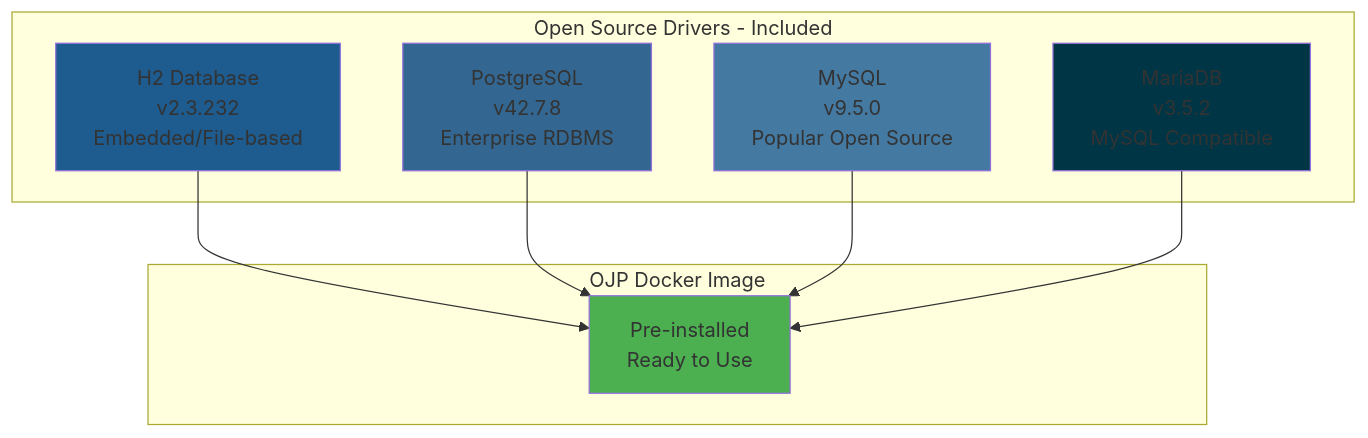
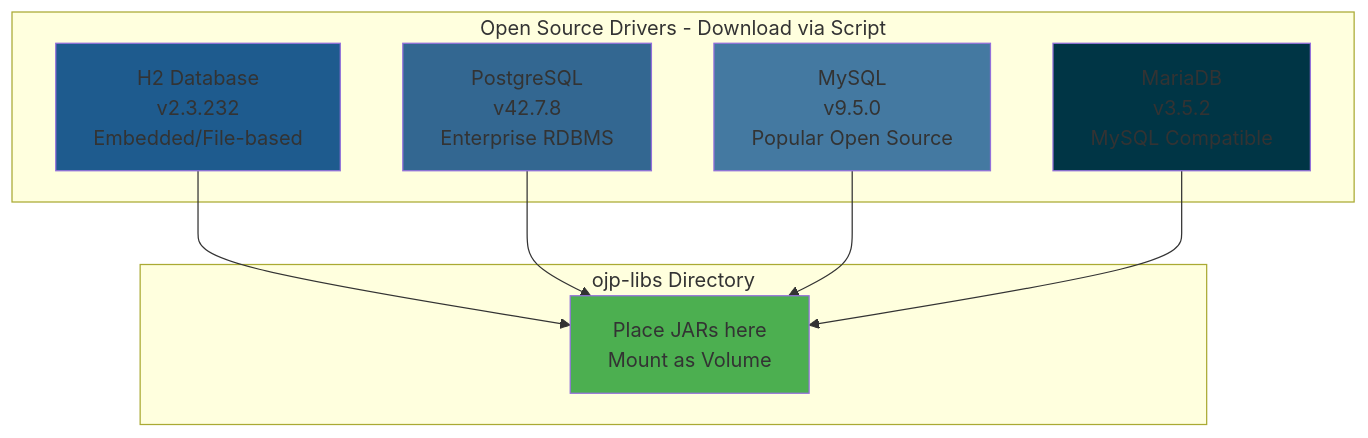
Before and after one commit to sisv1der/ojp: the first of 3 diagrams in documents/ebook/part2-chapter4-database-drivers.md, drawn with Mermaid. The commit also changed other lines of this file and 8 other files, not shown here.

Commit message:
Remove stale Dockerfile.proprietary and update documentation for JDBC driver loading from ojp-libs

````diff
--- a/documents/ebook/part2-chapter4-database-drivers.md
+++ b/documents/ebook/part2-chapter4-database-drivers.md
@@ -30,24 +30,24 @@
 ```mermaid
 graph TB
-    subgraph "Open Source Drivers - Included"
+    subgraph "Open Source Drivers - Download via Script"
     H2[H2 Database<br/>v2.3.232<br/>Embedded/File-based]
     PG[PostgreSQL<br/>v42.7.8<br/>Enterprise RDBMS]
     MY[MySQL<br/>v9.5.0<br/>Popular Open Source]
     MA[MariaDB<br/>v3.5.2<br/>MySQL Compatible]
     end
     
-    subgraph "OJP Docker Image"
-    DOCKER[Pre-installed<br/>Ready to Use]
+    subgraph "ojp-libs Directory"
+    LIBS[Place JARs here<br/>Mount as Volume]
     end
     
-    H2 --> DOCKER
-    PG --> DOCKER
-    MY --> DOCKER
-    MA --> DOCKER
+    H2 --> LIBS
+    PG --> LIBS
+    MY --> LIBS
+    MA --> LIBS
     
     style H2 fill:#1e5b8e
     style PG fill:#336791
     style MY fill:#4479a1
     style MA fill:#003545
-    style DOCKER fill:#4caf50
+    style LIBS fill:#4caf50
 ```
````
